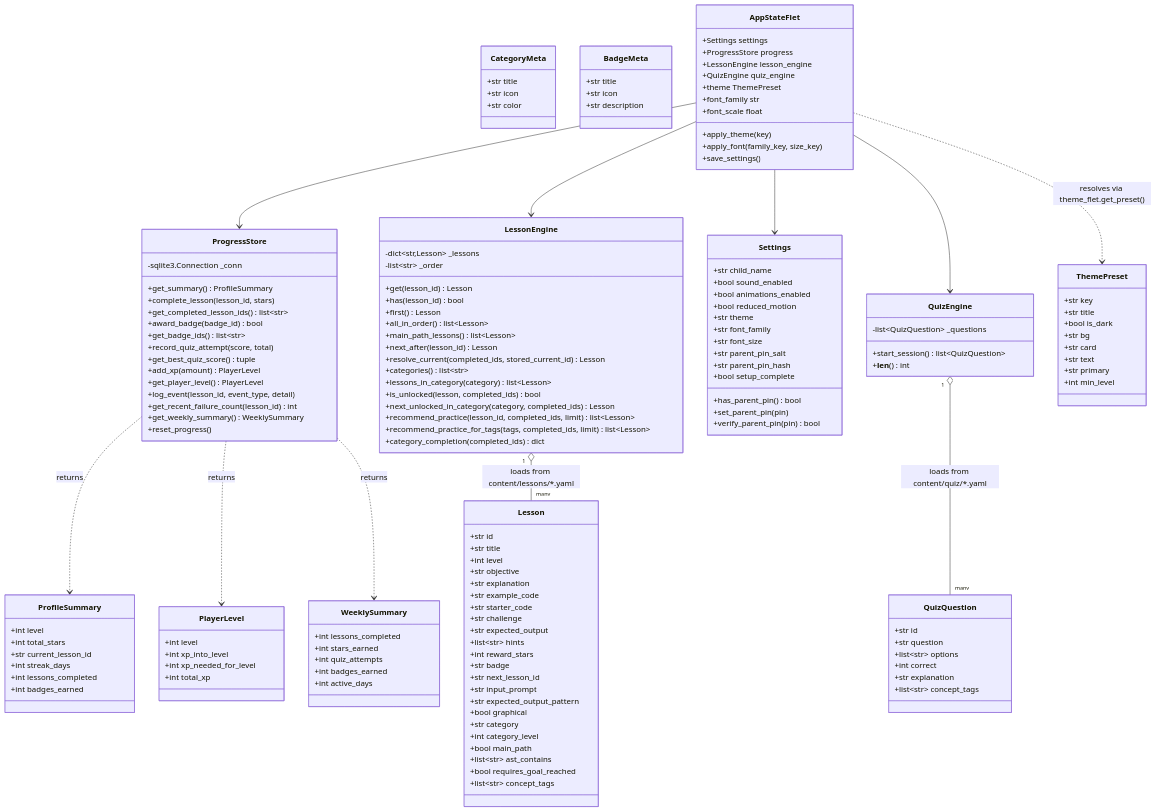
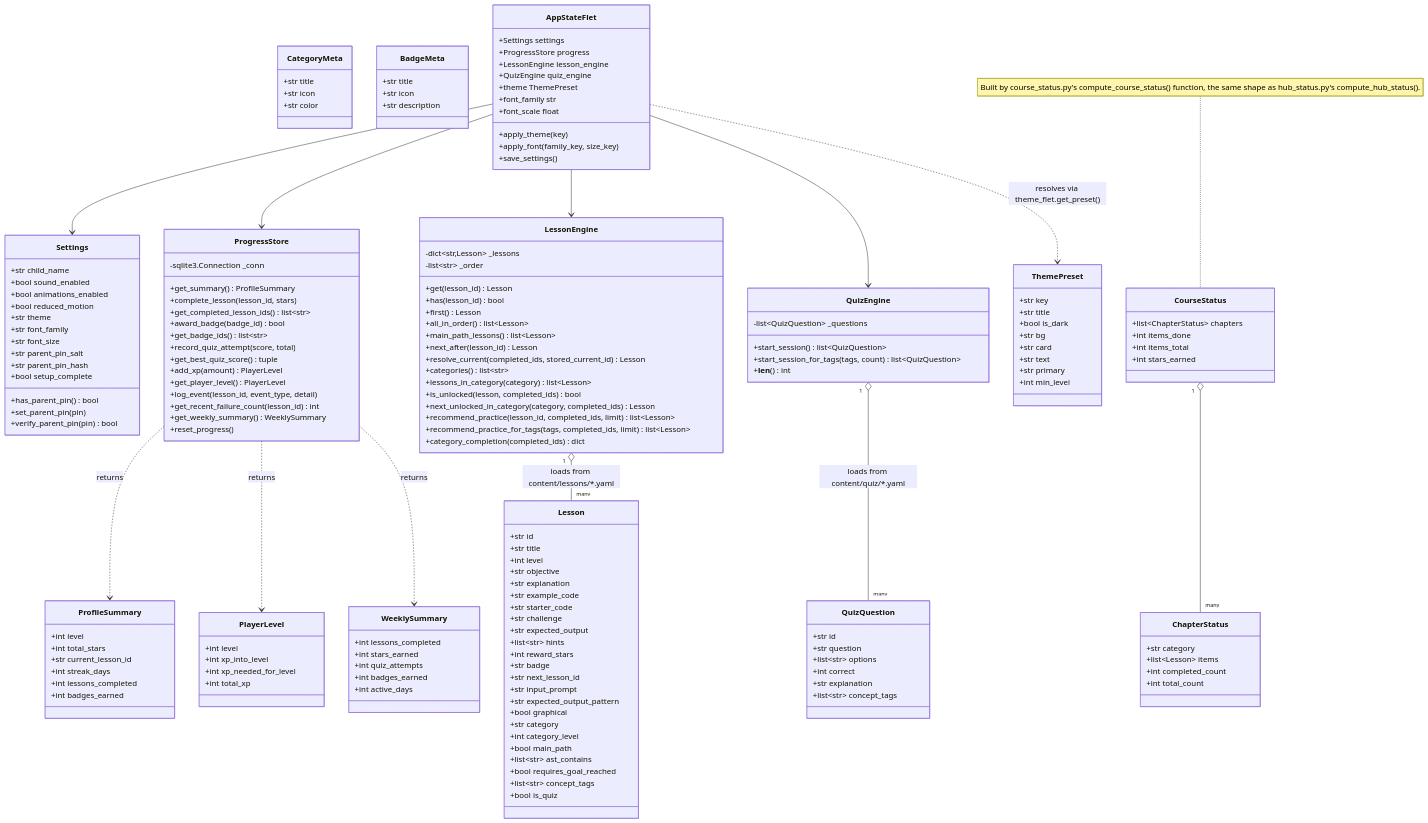
One commit to shreejitpanchal/python-adventure-kids changed the third of 10 diagrams in docs/ARCHITECTURE.md. Above: the diagram before and after it, drawn with Mermaid. The commit also changed other lines of this file and 2 other files, not shown here.

First line of the commit message:
Document the Python Learning course in README/DEVELOPMENT/ARCHITECTURE

```diff
--- a/docs/ARCHITECTURE.md
+++ b/docs/ARCHITECTURE.md
@@ -123,6 +123,7 @@
         +list~str~ ast_contains
         +bool requires_goal_reached
         +list~str~ concept_tags
+        +bool is_quiz
     }
 
     class LessonEngine {
@@ -156,9 +157,25 @@
     class QuizEngine {
         -list~QuizQuestion~ _questions
         +start_session() list~QuizQuestion~
+        +start_session_for_tags(tags, count) list~QuizQuestion~
         +__len__() int
     }
     QuizEngine "1" o-- "many" QuizQuestion : loads from content/quiz/*.yaml
+
+    class ChapterStatus {
+        +str category
+        +list~Lesson~ items
+        +int completed_count
+        +int total_count
+    }
+    class CourseStatus {
+        +list~ChapterStatus~ chapters
+        +int items_done
+        +int items_total
+        +int stars_earned
+    }
+    CourseStatus "1" o-- "many" ChapterStatus
+    note for CourseStatus "Built by course_status.py's compute_course_status() function, the same shape as hub_status.py's compute_hub_status()."
 
     class Settings {
         +str child_name
```
